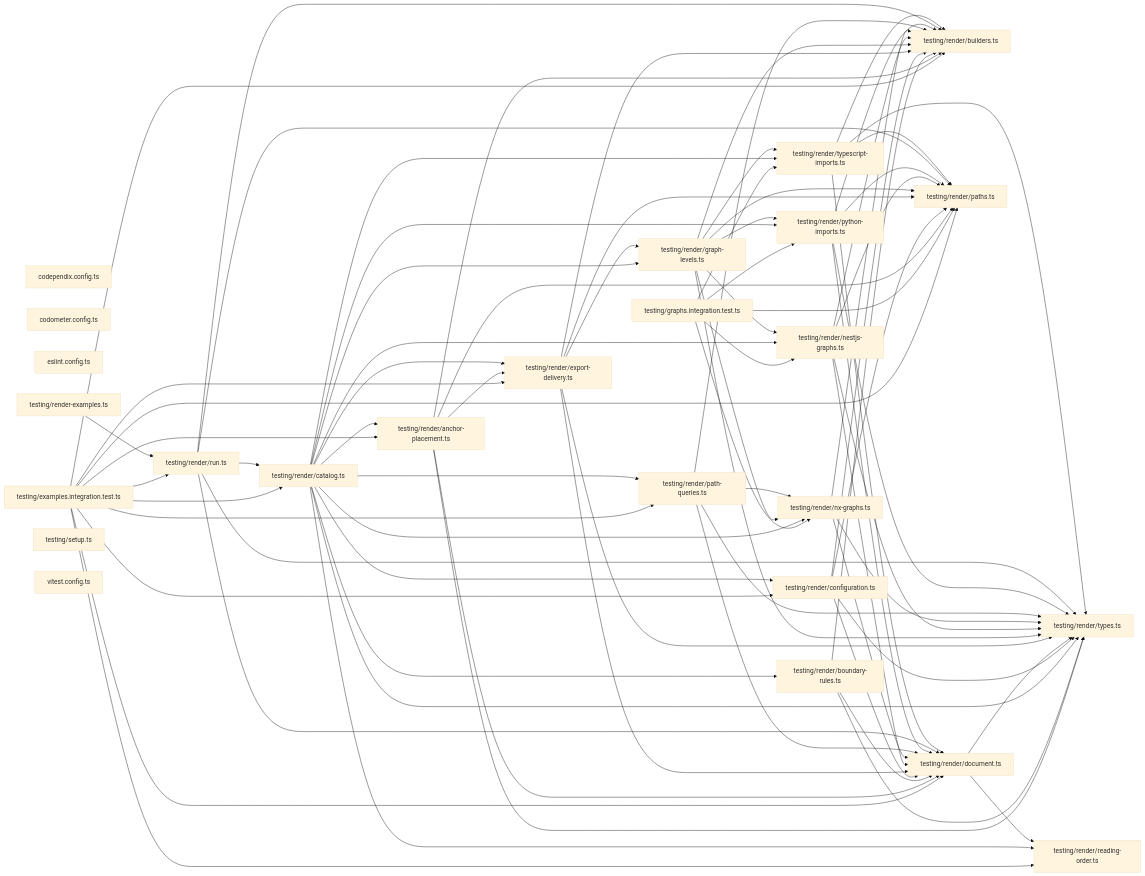
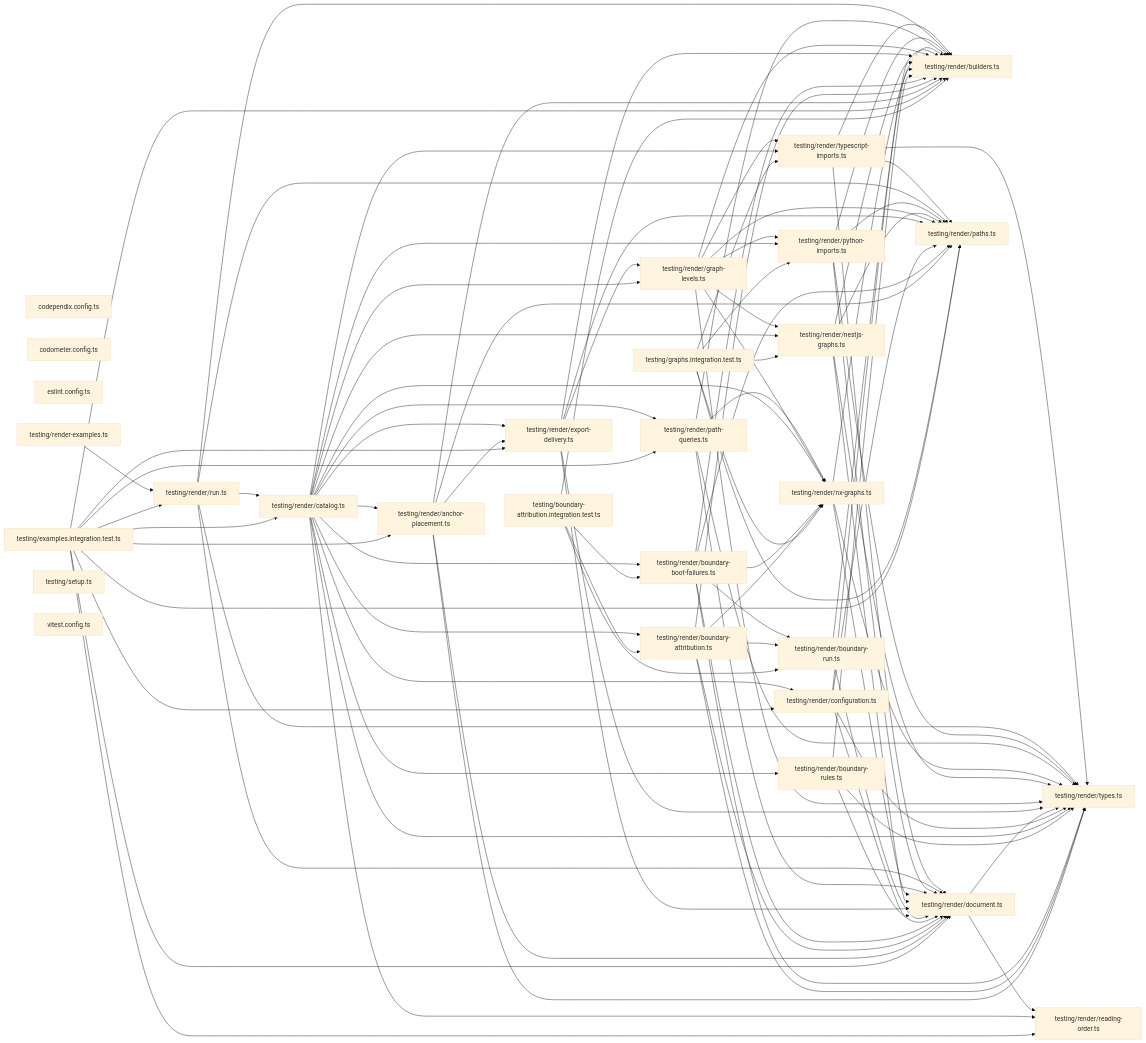
One commit to Organizzolini/codebase changed the second of 2 diagrams in packages/ic-suite/codependix/codependix-examples/README.md. Above: the diagram before and after it, drawn with Mermaid (base theme). The commit also changed other lines of this file and 20 other files, not shown here.

Commit message:
docs(codependix): 📝 add an example for each boundary attribution rule

```diff
--- a/packages/ic-suite/codependix/codependix-examples/README.md
+++ b/packages/ic-suite/codependix/codependix-examples/README.md
@@ -227,11 +231,15 @@
   file_codependix_config_ts["codependix.config.ts"]
   file_codometer_config_ts["codometer.config.ts"]
   file_eslint_config_ts["eslint.config.ts"]
+  file_testing_boundary_attribution_integration_test_ts["testing/boundary-attribution.integration.test.ts"]
   file_testing_examples_integration_test_ts["testing/examples.integration.test.ts"]
   file_testing_graphs_integration_test_ts["testing/graphs.integration.test.ts"]
   file_testing_render_examples_ts["testing/render-examples.ts"]
   file_testing_render_anchor_placement_ts["testing/render/anchor-placement.ts"]
+  file_testing_render_boundary_attribution_ts["testing/render/boundary-attribution.ts"]
+  file_testing_render_boundary_boot_failures_ts["testing/render/boundary-boot-failures.ts"]
   file_testing_render_boundary_rules_ts["testing/render/boundary-rules.ts"]
+  file_testing_render_boundary_run_ts["testing/render/boundary-run.ts"]
   file_testing_render_builders_ts["testing/render/builders.ts"]
   file_testing_render_catalog_ts["testing/render/catalog.ts"]
   file_testing_render_configuration_ts["testing/render/configuration.ts"]
@@ -249,6 +257,10 @@
   file_testing_render_typescript_imports_ts["testing/render/typescript-imports.ts"]
   file_testing_setup_ts["testing/setup.ts"]
   file_vitest_config_ts["vitest.config.ts"]
+  file_testing_boundary_attribution_integration_test_ts --> file_testing_render_boundary_attribution_ts
+  file_testing_boundary_attribution_integration_test_ts --> file_testing_render_boundary_boot_failures_ts
+  file_testing_boundary_attribution_integration_test_ts --> file_testing_render_boundary_run_ts
+  file_testing_boundary_attribution_integration_test_ts --> file_testing_render_builders_ts
   file_testing_examples_integration_test_ts --> file_testing_render_anchor_placement_ts
   file_testing_examples_integration_test_ts --> file_testing_render_builders_ts
   file_testing_examples_integration_test_ts --> file_testing_render_catalog_ts
@@ -270,10 +282,25 @@
   file_testing_render_anchor_placement_ts --> file_testing_render_export_delivery_ts
   file_testing_render_anchor_placement_ts --> file_testing_render_paths_ts
   file_testing_render_anchor_placement_ts --> file_testing_render_types_ts
+  file_testing_render_boundary_attribution_ts --> file_testing_render_boundary_run_ts
+  file_testing_render_boundary_attribution_ts --> file_testing_render_builders_ts
+  file_testing_render_boundary_attribution_ts --> file_testing_render_document_ts
+  file_testing_render_boundary_attribution_ts --> file_testing_render_nx_graphs_ts
+  file_testing_render_boundary_attribution_ts --> file_testing_render_types_ts
+  file_testing_render_boundary_boot_failures_ts --> file_testing_render_boundary_run_ts
+  file_testing_render_boundary_boot_failures_ts --> file_testing_render_builders_ts
+  file_testing_render_boundary_boot_failures_ts --> file_testing_render_document_ts
+  file_testing_render_boundary_boot_failures_ts --> file_testing_render_nx_graphs_ts
+  file_testing_render_boundary_boot_failures_ts --> file_testing_render_paths_ts
+  file_testing_render_boundary_boot_failures_ts --> file_testing_render_types_ts
   file_testing_render_boundary_rules_ts --> file_testing_render_builders_ts
   file_testing_render_boundary_rules_ts --> file_testing_render_document_ts
   file_testing_render_boundary_rules_ts --> file_testing_render_types_ts
+  file_testing_render_boundary_run_ts --> file_testing_render_builders_ts
+  file_testing_render_boundary_run_ts --> file_testing_render_document_ts
   file_testing_render_catalog_ts --> file_testing_render_anchor_placement_ts
+  file_testing_render_catalog_ts --> file_testing_render_boundary_attribution_ts
+  file_testing_render_catalog_ts --> file_testing_render_boundary_boot_failures_ts
   file_testing_render_catalog_ts --> file_testing_render_boundary_rules_ts
   file_testing_render_catalog_ts --> file_testing_render_configuration_ts
   file_testing_render_catalog_ts --> file_testing_render_export_delivery_ts
```
